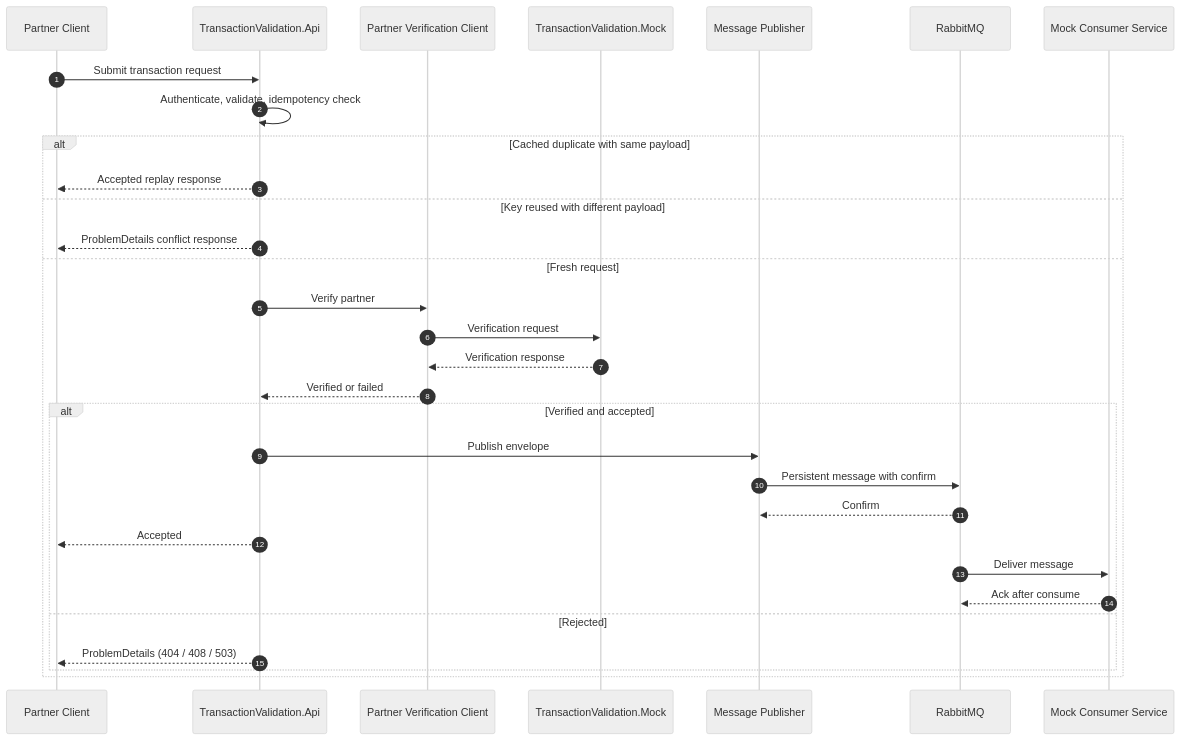
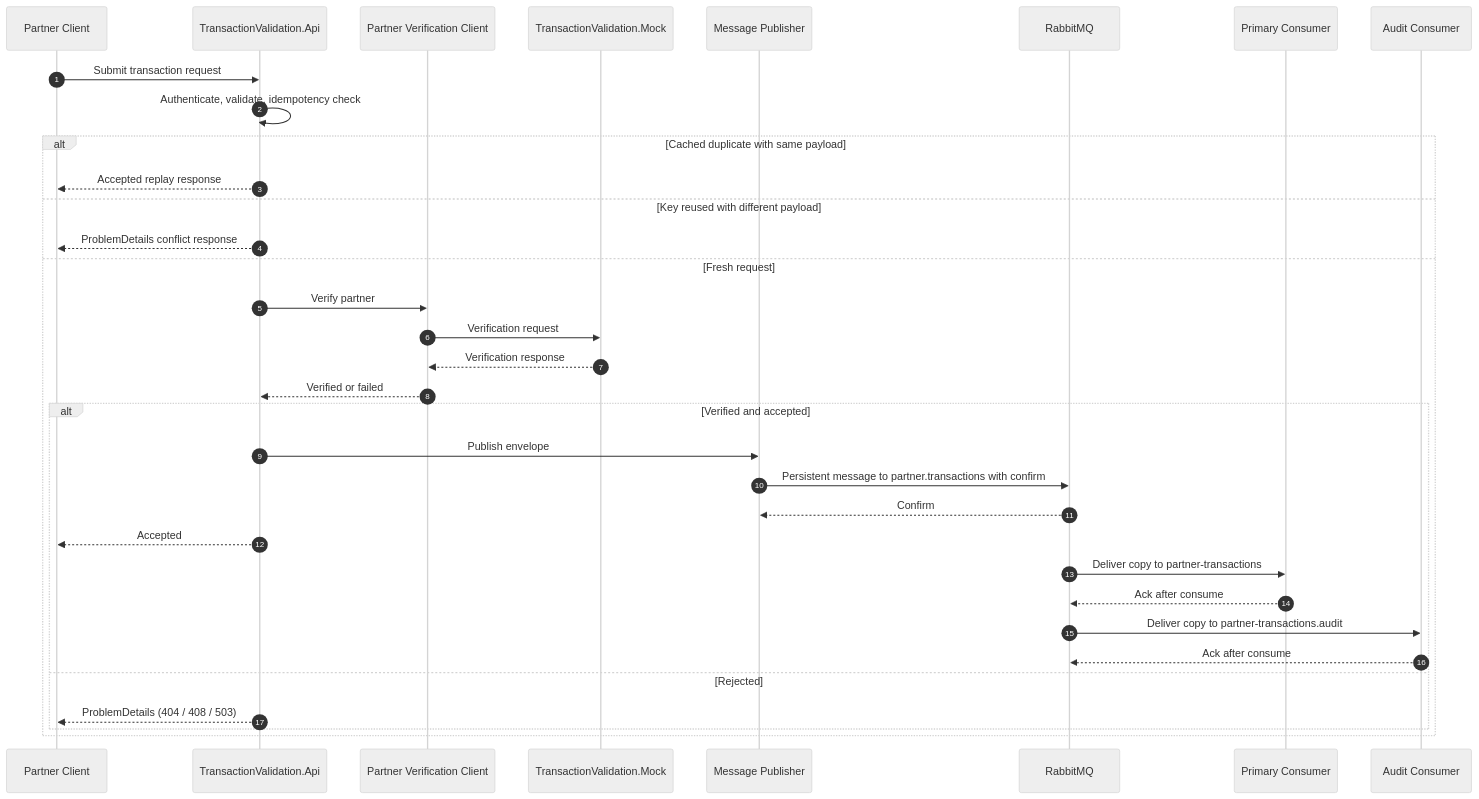
One commit to haudtech/transaction-validation changed the third of 3 diagrams in docs/architecture_design/Architecture_design.md. Above: the diagram before and after it, drawn with Mermaid (neutral theme). The commit also changed other lines of this file and 23 other files, not shown here.

````diff
--- a/docs/architecture_design/Architecture_design.md
+++ b/docs/architecture_design/Architecture_design.md
@@ -74,36 +77,39 @@
 ```mermaid
 sequenceDiagram
     autonumber
     participant Client as Partner Client
     participant API as TransactionValidation.Api
     participant Verify as Partner Verification Client
     participant Mock as TransactionValidation.Mock
     participant Publish as Message Publisher
     participant MQ as RabbitMQ
-    participant Consumer as Mock Consumer Service
+    participant Primary as Primary Consumer
+    participant Audit as Audit Consumer
 
     Client->>API: Submit transaction request
     API->>API: Authenticate, validate, idempotency check
 
     alt Cached duplicate with same payload
         API-->>Client: Accepted replay response
     else Key reused with different payload
         API-->>Client: ProblemDetails conflict response
     else Fresh request
         API->>Verify: Verify partner
         Verify->>Mock: Verification request
         Mock-->>Verify: Verification response
         Verify-->>API: Verified or failed
 
         alt Verified and accepted
             API->>Publish: Publish envelope
-            Publish->>MQ: Persistent message with confirm
+            Publish->>MQ: Persistent message to partner.transactions with confirm
             MQ-->>Publish: Confirm
             API-->>Client: Accepted
-            MQ->>Consumer: Deliver message
-            Consumer-->>MQ: Ack after consume
+            MQ->>Primary: Deliver copy to partner-transactions
+            Primary-->>MQ: Ack after consume
+            MQ->>Audit: Deliver copy to partner-transactions.audit
+            Audit-->>MQ: Ack after consume
         else Rejected
             API-->>Client: ProblemDetails (404 / 408 / 503)
         end
     end
 ```
````
